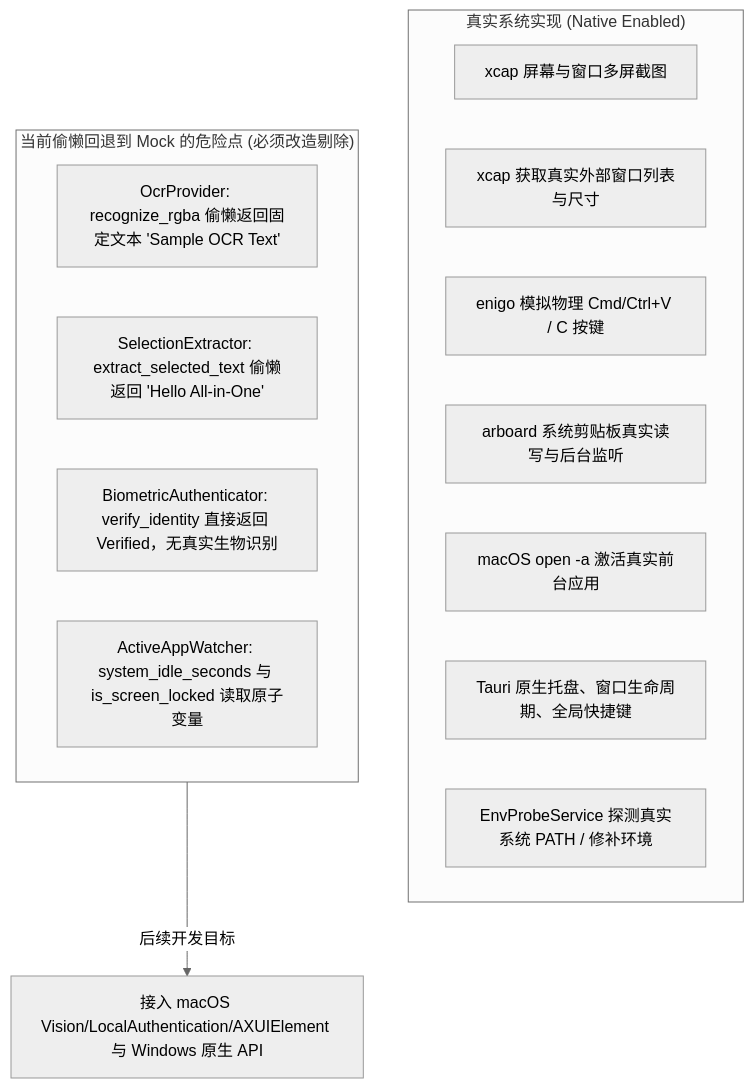
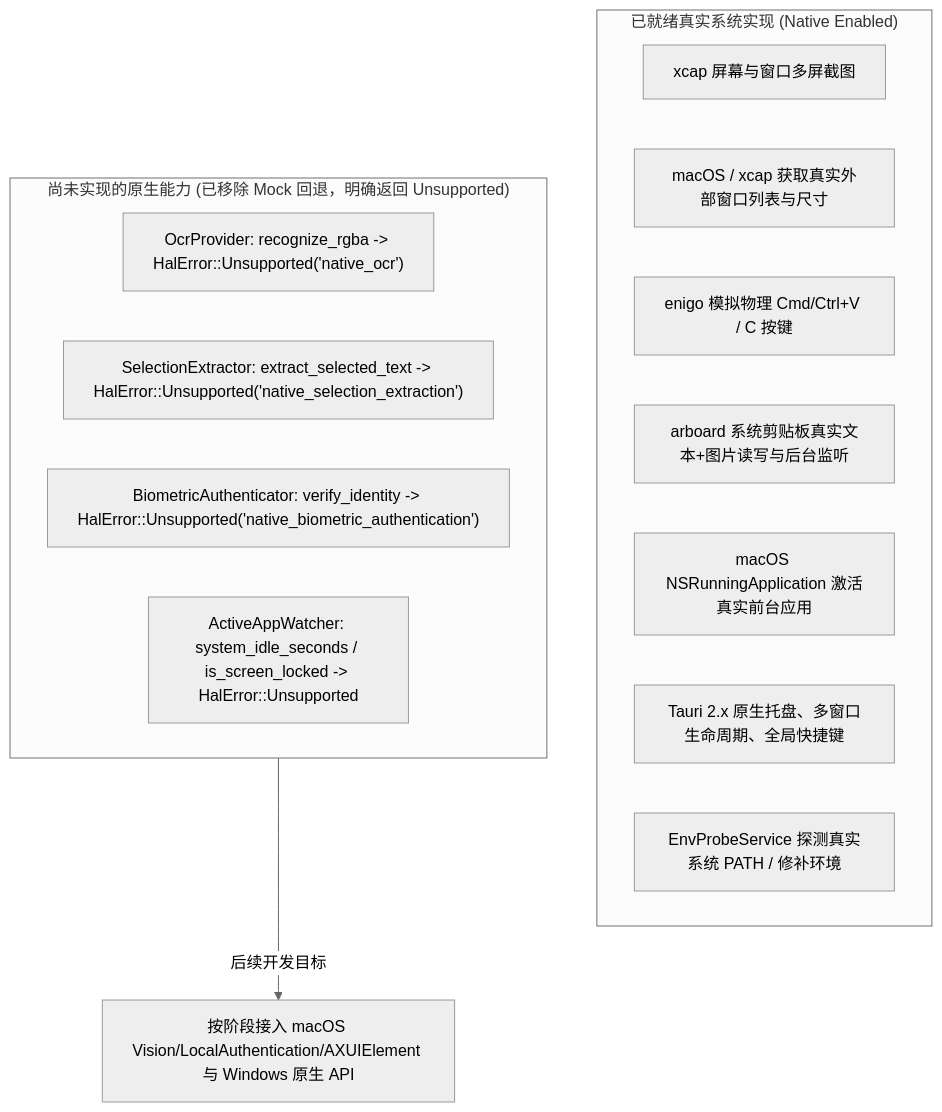
One commit to dongyan3721/YourAllIn1Helper changed the second of 3 diagrams in DEVELOPMENT_CHECKLIST.md. Above: the diagram before and after it, drawn with Mermaid (neutral theme). The commit also changed other lines of this file and 34 other files, not shown here.

````diff
--- a/DEVELOPMENT_CHECKLIST.md
+++ b/DEVELOPMENT_CHECKLIST.md
@@ -44,21 +60,21 @@
 ```mermaid
 flowchart TD
-    subgraph Real["真实系统实现 (Native Enabled)"]
+    subgraph Real["已就绪真实系统实现 (Native Enabled)"]
         R1["xcap 屏幕与窗口多屏截图"]
-        R2["xcap 获取真实外部窗口列表与尺寸"]
+        R2["macOS / xcap 获取真实外部窗口列表与尺寸"]
         R3["enigo 模拟物理 Cmd/Ctrl+V / C 按键"]
-        R4["arboard 系统剪贴板真实读写与后台监听"]
-        R5["macOS open -a 激活真实前台应用"]
-        R6["Tauri 原生托盘、窗口生命周期、全局快捷键"]
+        R4["arboard 系统剪贴板真实文本+图片读写与后台监听"]
+        R5["macOS NSRunningApplication 激活真实前台应用"]
+        R6["Tauri 2.x 原生托盘、多窗口生命周期、全局快捷键"]
         R7["EnvProbeService 探测真实系统 PATH / 修补环境"]
     end
 
-    subgraph MockFallback["当前偷懒回退到 Mock 的危险点 (必须改造剔除)"]
-        M1["OcrProvider: recognize_rgba 偷懒返回固定文本 'Sample OCR Text'"]
-        M2["SelectionExtractor: extract_selected_text 偷懒返回 'Hello All-in-One'"]
-        M3["BiometricAuthenticator: verify_identity 直接返回 Verified，无真实生物识别"]
-        M4["ActiveAppWatcher: system_idle_seconds 与 is_screen_locked 读取原子变量"]
+    subgraph Unsupported["尚未实现的原生能力 (已移除 Mock 回退，明确返回 Unsupported)"]
+        M1["OcrProvider: recognize_rgba -> HalError::Unsupported('native_ocr')"]
+        M2["SelectionExtractor: extract_selected_text -> HalError::Unsupported('native_selection_extraction')"]
+        M3["BiometricAuthenticator: verify_identity -> HalError::Unsupported('native_biometric_authentication')"]
+        M4["ActiveAppWatcher: system_idle_seconds / is_screen_locked -> HalError::Unsupported"]
     end
 
-    MockFallback -->|后续开发目标| RealTransform["接入 macOS Vision/LocalAuthentication/AXUIElement 与 Windows 原生 API"]
+    Unsupported -->|后续开发目标| RealTransform["按阶段接入 macOS Vision/LocalAuthentication/AXUIElement 与 Windows 原生 API"]
 ```
````
